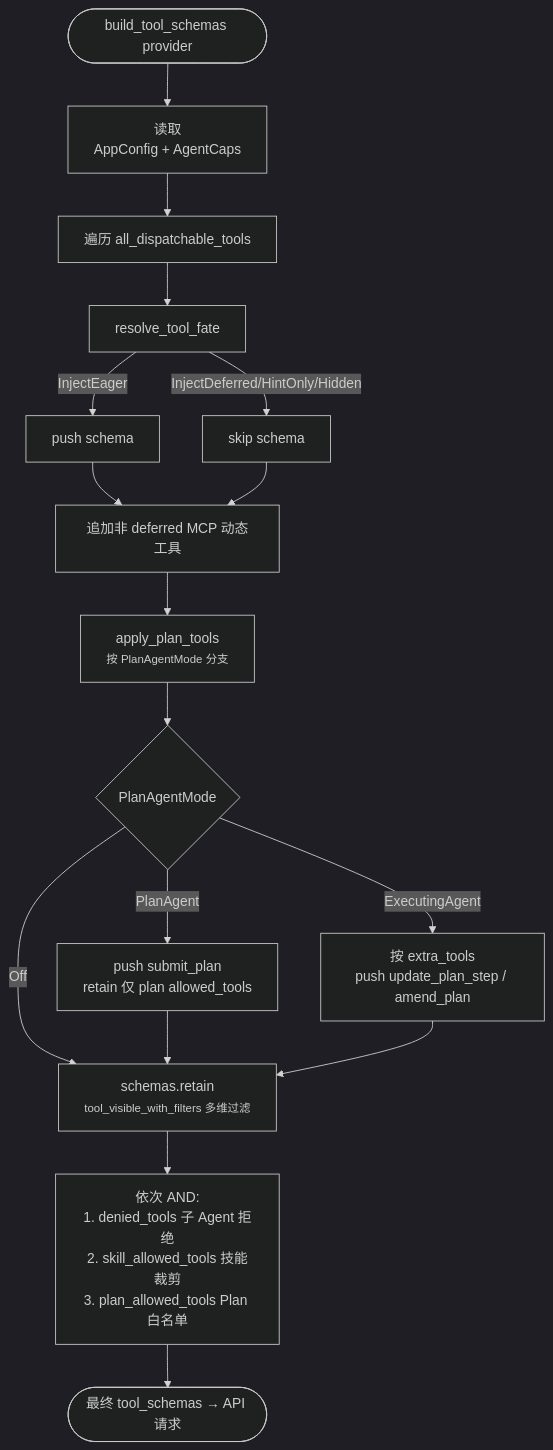
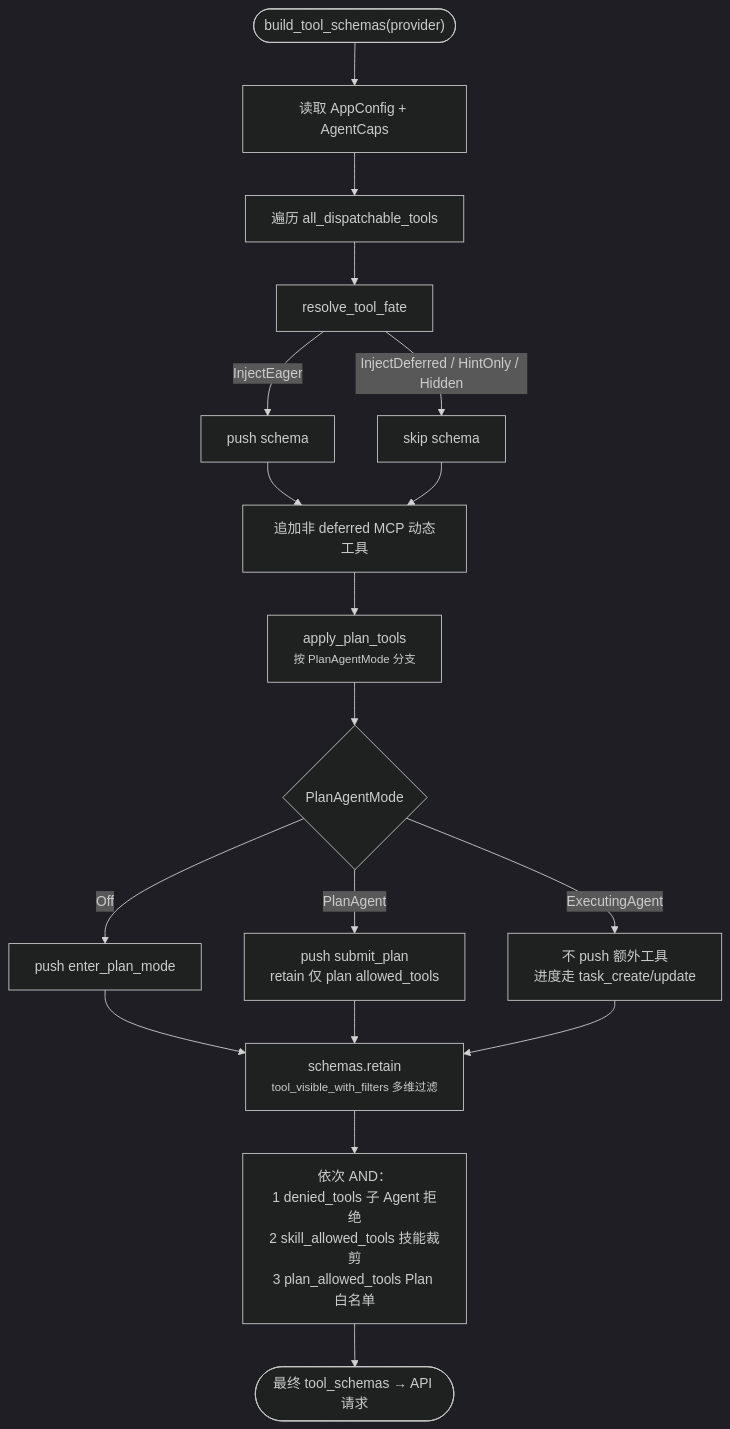
One commit to shiwenwen/hope-agent changed the fourth of 10 diagrams in docs/architecture/tool-system.md. Above: the diagram before and after it, drawn with Mermaid (dark theme). The commit also changed other lines of this file and 1 other file, not shown here.

First line of the commit message:
🦭docs: 巨无霸 tool-system / im-channel 按新标准重做

````diff
--- a/docs/architecture/tool-system.md
+++ b/docs/architecture/tool-system.md
@@ -466,22 +449,20 @@
 ```mermaid
 flowchart TD
-    Start([build_tool_schemas provider]) --> Ctx[读取<br/>AppConfig + AgentCaps]
-    Ctx --> Loop[遍历 all_dispatchable_tools]
-    Loop --> Fate[resolve_tool_fate]
-    Fate -- InjectEager --> Push[push schema]
-    Fate -- InjectDeferred/HintOnly/Hidden --> Skip[skip schema]
+    Start(["build_tool_schemas(provider)"]) --> Ctx["读取 AppConfig + AgentCaps"]
+    Ctx --> Loop["遍历 all_dispatchable_tools"]
+    Loop --> Fate["resolve_tool_fate"]
+    Fate -- InjectEager --> Push["push schema"]
+    Fate -- "InjectDeferred / HintOnly / Hidden" --> Skip["skip schema"]
     Push --> Mcp
     Skip --> Mcp
-    Mcp[追加非 deferred MCP 动态工具] --> Plan["apply_plan_tools<br/><small>按 PlanAgentMode 分支</small>"]
+    Mcp["追加非 deferred MCP 动态工具"] --> Plan["apply_plan_tools<br/><small>按 PlanAgentMode 分支</small>"]
     Plan --> PlanBranch{PlanAgentMode}
-    PlanBranch -- "Off" --> Filter
-    PlanBranch -- "PlanAgent" --> PA["push submit_plan<br/>retain 仅 plan allowed_tools"]
-    PlanBranch -- "ExecutingAgent" --> EA["按 extra_tools<br/>push update_plan_step / amend_plan"]
+    PlanBranch -- Off --> OFF["push enter_plan_mode"]
+    PlanBranch -- PlanAgent --> PA["push submit_plan<br/>retain 仅 plan allowed_tools"]
+    PlanBranch -- ExecutingAgent --> EA["不 push 额外工具<br/>进度走 task_create/update"]
+    OFF --> Filter
     PA --> Filter
     EA --> Filter
-
-    Filter["schemas.retain<br/><small>tool_visible_with_filters 多维过滤</small>"] --> FD[依次 AND:<br/>1. denied_tools 子 Agent 拒绝<br/>2. skill_allowed_tools 技能裁剪<br/>3. plan_allowed_tools Plan 白名单]
-
-    FD --> Done([最终 tool_schemas → API 请求])
-
+    Filter["schemas.retain<br/><small>tool_visible_with_filters 多维过滤</small>"] --> FD["依次 AND：<br/>1 denied_tools 子 Agent 拒绝<br/>2 skill_allowed_tools 技能裁剪<br/>3 plan_allowed_tools Plan 白名单"]
+    FD --> Done(["最终 tool_schemas → API 请求"])
 ```
````
